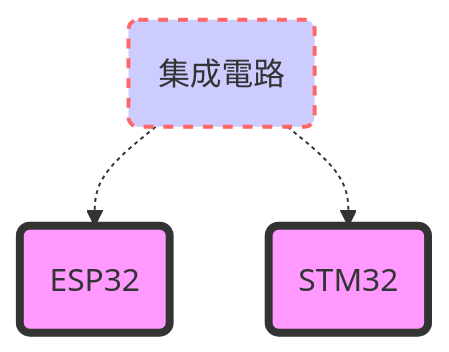
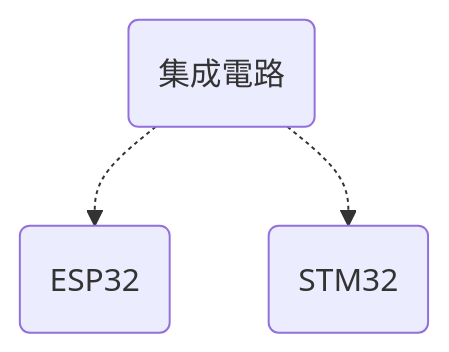
The diagram in _posts/2021-09-30-jekyll.md (hkdickyko/hkdickyko.github.io), drawn with Mermaid before and after one commit.

```diff
--- a/_posts/2021-09-30-jekyll.md
+++ b/_posts/2021-09-30-jekyll.md
@@ -93,11 +93,8 @@
 <div class="mermaid">
 graph TD
     A(集成電路)
     B(ESP32)
     C(STM32)
     A-.->B
     A-.->C
-    classDef className fill:#f9f,stroke:#333,stroke-width:4px;
-    class B,C className;
-    style A fill:#ccf,stroke:#f66,stroke-width:2px,stroke-dasharray: 5, 5
 </div>
```
